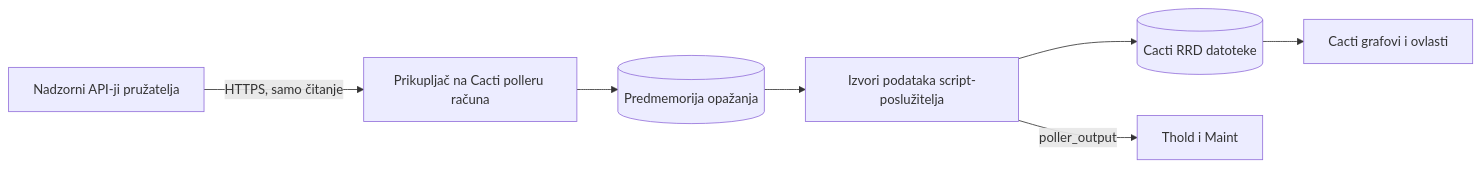
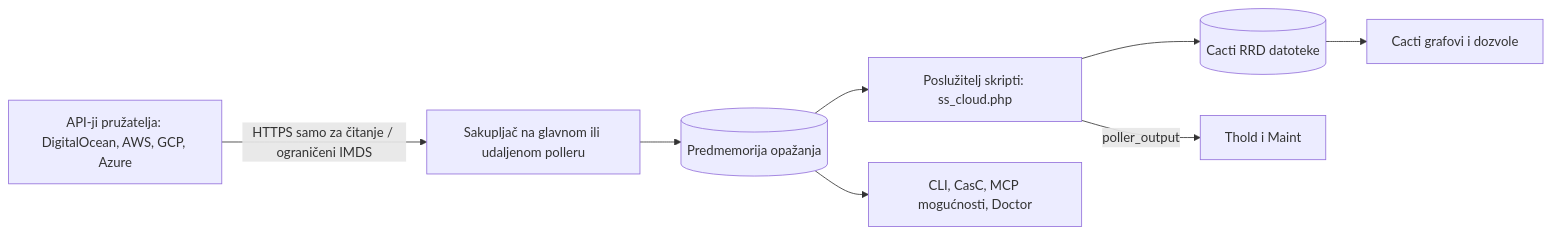
One commit to somethingwithproof/plugin_cloud changed the diagram in docs/i18n/hr-HR/README.md. Above: the diagram before and after it, drawn with Mermaid. The commit also changed other lines of this file and 48 other files, not shown here.

First line of the commit message:
docs(readme): document AWS, GCP, Azure drivers, remote collectors, and ecosystem hooks

````diff
--- a/docs/i18n/hr-HR/README.md
+++ b/docs/i18n/hr-HR/README.md
@@ -100,9 +148,10 @@
 ```mermaid
 flowchart LR
-    API[Nadzorni API-ji pružatelja] -->|HTTPS, samo čitanje| C[Prikupljač na Cacti polleru računa]
+    API[API-ji pružatelja: DigitalOcean, AWS, GCP, Azure] -->|HTTPS samo za čitanje / ograničeni IMDS| C[Sakupljač na glavnom ili udaljenom polleru]
     C --> O[(Predmemorija opažanja)]
-    O --> SS[Izvori podataka script-poslužitelja]
+    O --> SS[Poslužitelj skripti: ss_cloud.php]
     SS --> RRD[(Cacti RRD datoteke)]
     SS -->|poller_output| T[Thold i Maint]
-    RRD --> G[Cacti grafovi i ovlasti]
+    RRD --> G[Cacti grafovi i dozvole]
+    O --> ECO[CLI, CasC, MCP mogućnosti, Doctor]
 ```
````
